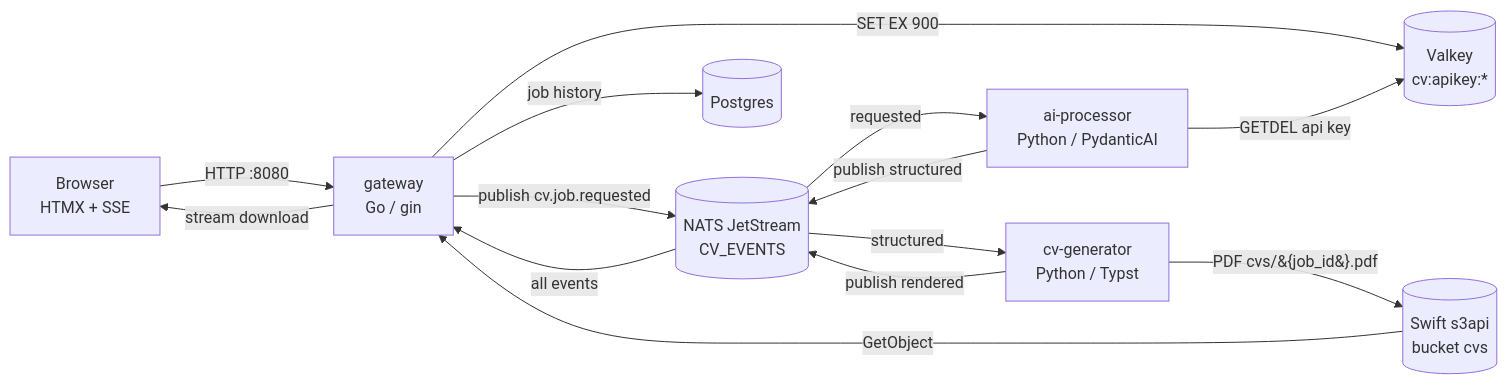
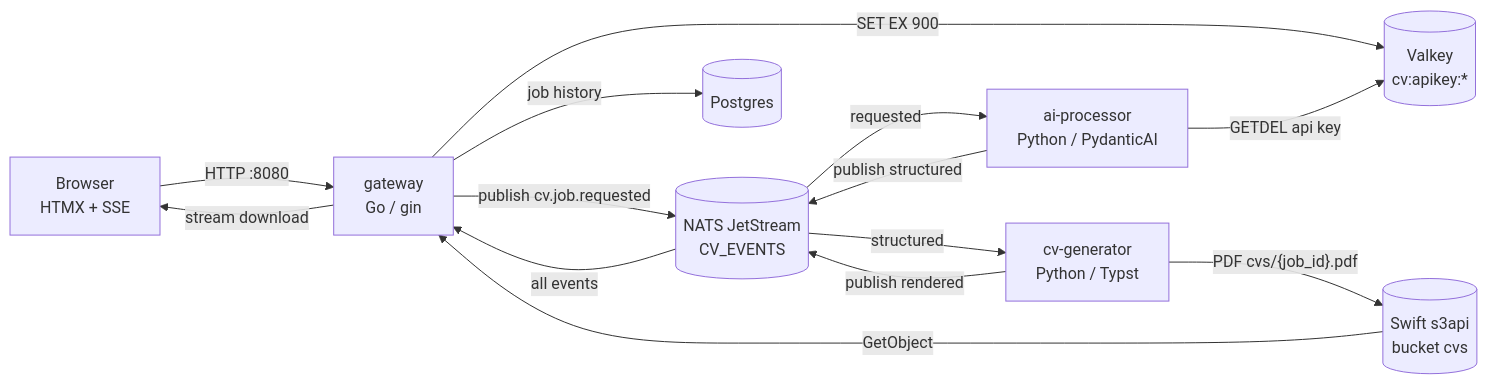
One commit to corruptmane/corrupt-cv changed the diagram in README.md. Above: the diagram before and after it, drawn with Mermaid.

Commit message:
docs: quote mermaid edge label containing braces
GitHub's mermaid upgrade decodes HTML entities before parsing, so the {job_id} placeholder in the S3 edge label parsed as diamond-node syntax and broke the README render. Quoted labels are literal.

Ulw

````diff
--- a/README.md
+++ b/README.md
@@ -9,16 +9,16 @@
 ```mermaid
 flowchart LR
     B[Browser<br/>HTMX + SSE] -->|HTTP :8080| G[gateway<br/>Go / gin]
     G -->|publish cv.job.requested| N[(NATS JetStream<br/>CV_EVENTS)]
     G -->|SET EX 900| V[(Valkey<br/>cv:apikey:*)]
     N -->|requested| A[ai-processor<br/>Python / PydanticAI]
     A -->|GETDEL api key| V
     A -->|publish structured| N
     N -->|structured| R[cv-generator<br/>Python / Typst]
-    R -->|PDF cvs/&#123;job_id&#125;.pdf| S3[(Swift s3api<br/>bucket cvs)]
+    R -->|"PDF cvs/{job_id}.pdf"| S3[(Swift s3api<br/>bucket cvs)]
     R -->|publish rendered| N
     N -->|all events| G
     G -->|job history| PG[(Postgres)]
     G -->|stream download| B
     S3 -->|GetObject| G
 ```
````
